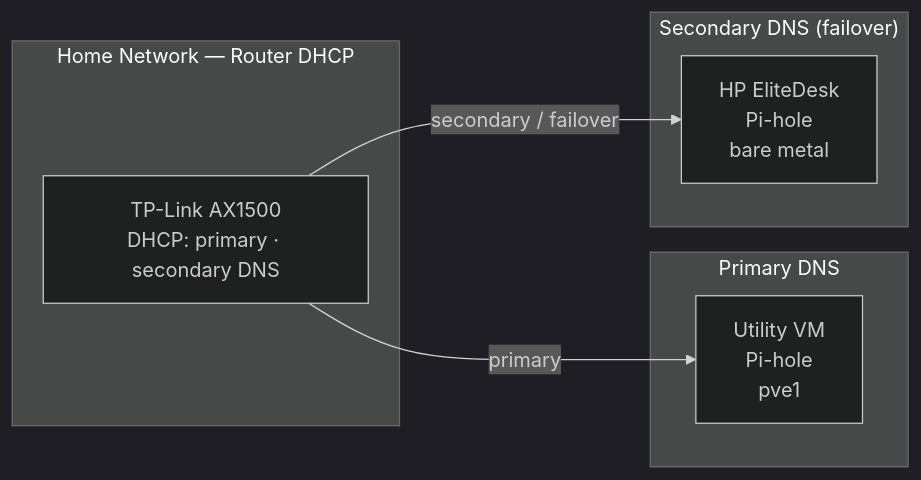
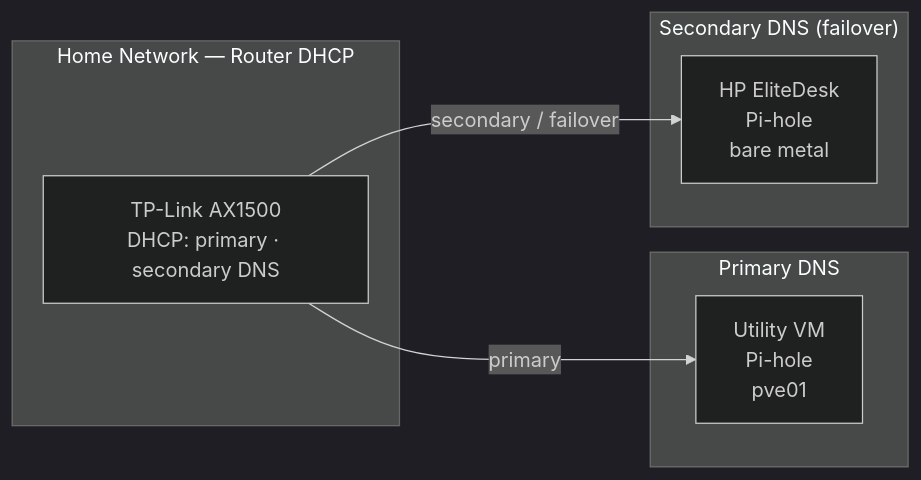
One commit to alashe/platform-lab changed the third of 6 diagrams in docs/architecture/platform-diagram.md. Above: the diagram before and after it, drawn with Mermaid (dark theme). The commit also changed other lines of this file and 4 other files, not shown here.

````diff
--- a/docs/architecture/platform-diagram.md
+++ b/docs/architecture/platform-diagram.md
@@ -91,17 +91,17 @@
 ```mermaid
 flowchart LR
   subgraph Network["Home Network — Router DHCP"]
     R["TP-Link AX1500\nDHCP: primary · secondary DNS"]
   end
 
   subgraph Primary["Primary DNS"]
-    UVM["Utility VM\nPi-hole\npve1"]
+    UVM["Utility VM\nPi-hole\npve01"]
   end
 
   subgraph Secondary["Secondary DNS (failover)"]
     ED["HP EliteDesk\nPi-hole\nbare metal"]
   end
 
   R -->|"primary"| UVM
   R -->|"secondary / failover"| ED
 ```
````
